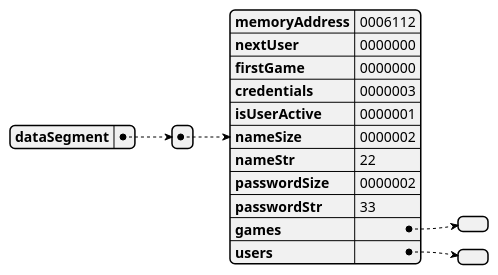
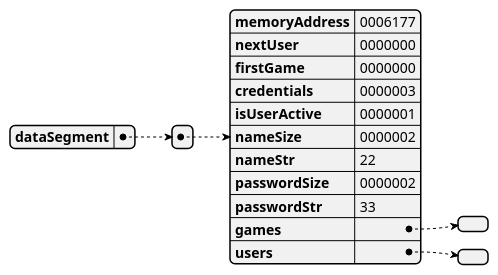
Before and after one commit to danielcuque/ACE1-PROYECTO2: the diagram in docs/uml/README.md, drawn with PlantUML. The commit also changed 2 other files, not shown here.

Commit message:
feat: description for reports

`````diff
--- a/docs/uml/README.md
+++ b/docs/uml/README.md
@@ -1,16 +1,16 @@
 ````plantuml
 @startjson memoryGraph
 {"dataSegment":
-[{"memoryAddress":"0006112",
+[{"memoryAddress":"0006177",
 "nextUser":"0000000",
 "firstGame":"0000000",
 "credentials":"0000003",
 "isUserActive":"0000001",
 "nameSize":"0000002",
 "nameStr":"22",
 "passwordSize":"0000002",
 "passwordStr":"33",
 "games":[],
 "users":[]}]}
 @endjson
 ````
`````
